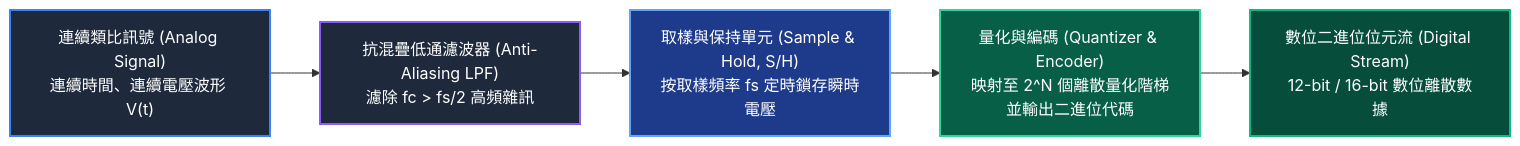
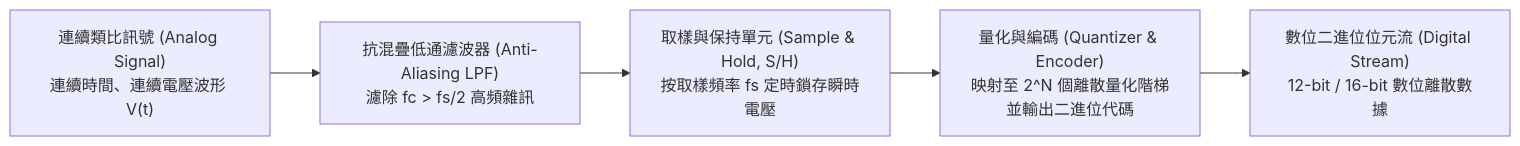
The third of 3 diagrams in notes/aiot/s1_AIoT基礎概論/L113_感測器原理與應用.md (ta-lang/iPAS_Test), drawn with Mermaid before and after one commit. The commit also changed other lines of this file and 16 other files, not shown here.

Commit message:
fix(mermaid): remove hardcoded styles, add high-contrast theme CSS, and forbid color styling in SOP

````diff
--- a/notes/aiot/s1_AIoT基礎概論/L113_感測器原理與應用.md
+++ b/notes/aiot/s1_AIoT基礎概論/L113_感測器原理與應用.md
@@ -219,13 +209,8 @@
 ```mermaid
 flowchart LR
     A["連續類比訊號 (Analog Signal)<br>連續時間、連續電壓波形 V(t)"] --> B["抗混疊低通濾波器 (Anti-Aliasing LPF)<br>濾除 fc > fs/2 高頻雜訊"]
     B --> C["取樣與保持單元 (Sample & Hold, S/H)<br>按取樣頻率 fs 定時鎖存瞬時電壓"]
     C --> D["量化與編碼 (Quantizer & Encoder)<br>映射至 2^N 個離散量化階梯並輸出二進位代碼"]
     D --> E["數位二進位位元流 (Digital Stream)<br>12-bit / 16-bit 數位離散數據"]
 
-    style A fill:#1e293b,stroke:#3b82f6,stroke-width:2px,color:#fff
-    style B fill:#1e293b,stroke:#8b5cf6,stroke-width:2px,color:#fff
-    style C fill:#1e3a8a,stroke:#60a5fa,stroke-width:2px,color:#fff
-    style D fill:#065f46,stroke:#34d399,stroke-width:2px,color:#fff
-    style E fill:#064e3b,stroke:#10b981,stroke-width:2px,color:#fff
 ```
````
